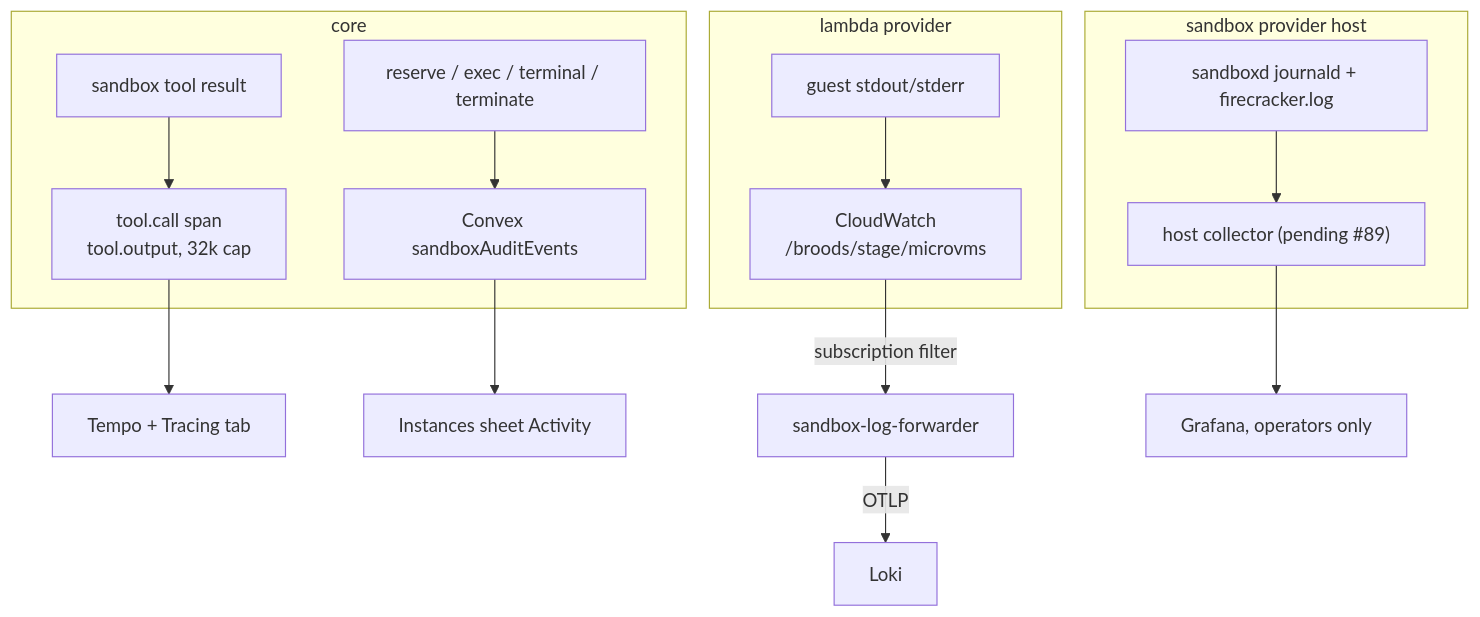
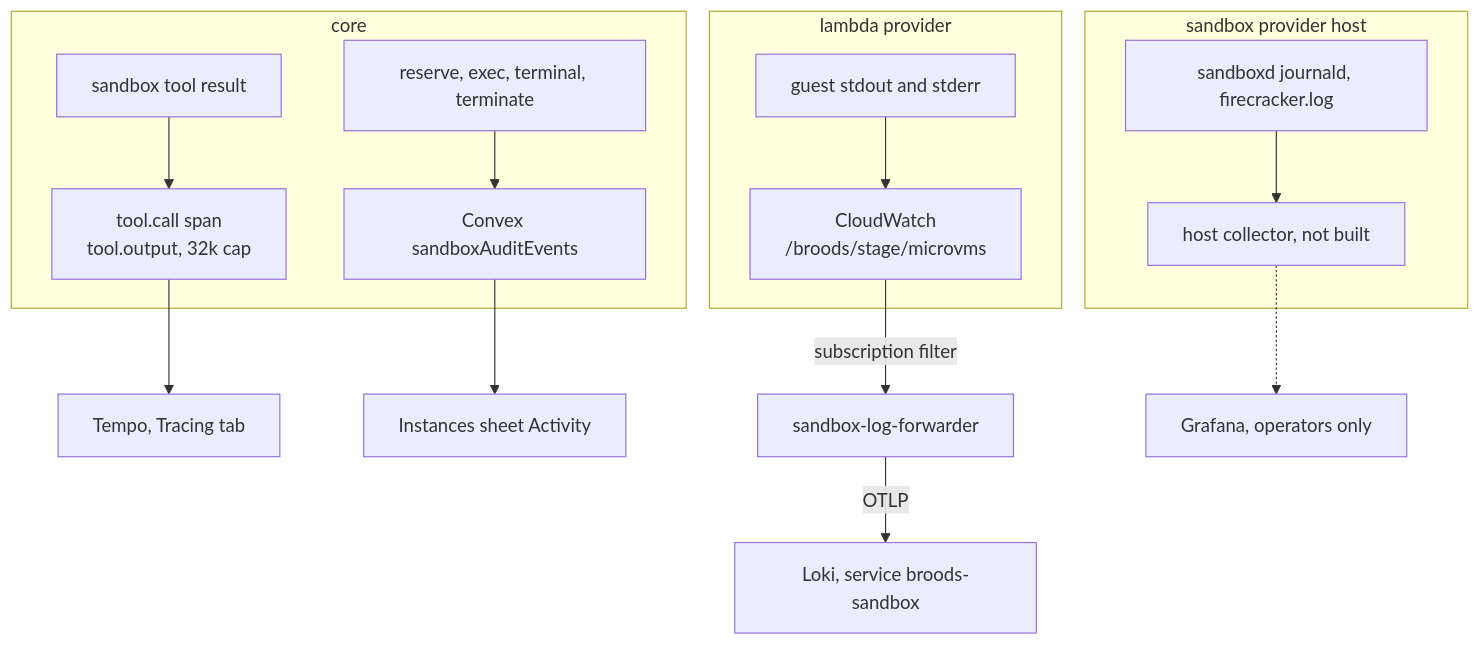
One commit to beeblastco/broods changed the fourth of 5 diagrams in apps/docs/docs/internals/observability.md. Above: the diagram before and after it, drawn with Mermaid. The commit also changed other lines of this file and 13 other files, not shown here.

First line of the commit message:
docs(internals): diagram-first rewrite of the remaining internals pages

````diff
--- a/apps/docs/docs/internals/observability.md
+++ b/apps/docs/docs/internals/observability.md
@@ -100,20 +120,20 @@
 ```mermaid
 flowchart TD
   subgraph core["core"]
     Exec["sandbox tool result"] --> Span["tool.call span<br/>tool.output, 32k cap"]
-    Life["reserve / exec / terminal / terminate"] --> Audit["Convex sandboxAuditEvents"]
+    Life["reserve, exec, terminal, terminate"] --> Audit["Convex sandboxAuditEvents"]
   end
-  Span --> Tempo2["Tempo + Tracing tab"]
+  Span --> Tempo2["Tempo, Tracing tab"]
   Audit --> Sheet["Instances sheet Activity"]
 
   subgraph microvm["lambda provider"]
-    VM["guest stdout/stderr"] --> CW["CloudWatch<br/>/broods/stage/microvms"]
+    VM["guest stdout and stderr"] --> CW["CloudWatch<br/>/broods/stage/microvms"]
   end
   CW -->|"subscription filter"| Fwd["sandbox-log-forwarder"]
-  Fwd -->|"OTLP"| Loki2["Loki"]
+  Fwd -->|"OTLP"| Loki2["Loki, service broods-sandbox"]
 
   subgraph workdir["sandbox provider host"]
-    Sbx["sandboxd journald + firecracker.log"] --> Coll["host collector (pending #89)"]
+    Sbx["sandboxd journald, firecracker.log"] --> Coll["host collector, not built"]
   end
-  Coll --> Ops["Grafana, operators only"]
+  Coll -.-> Ops["Grafana, operators only"]
 ```
````
